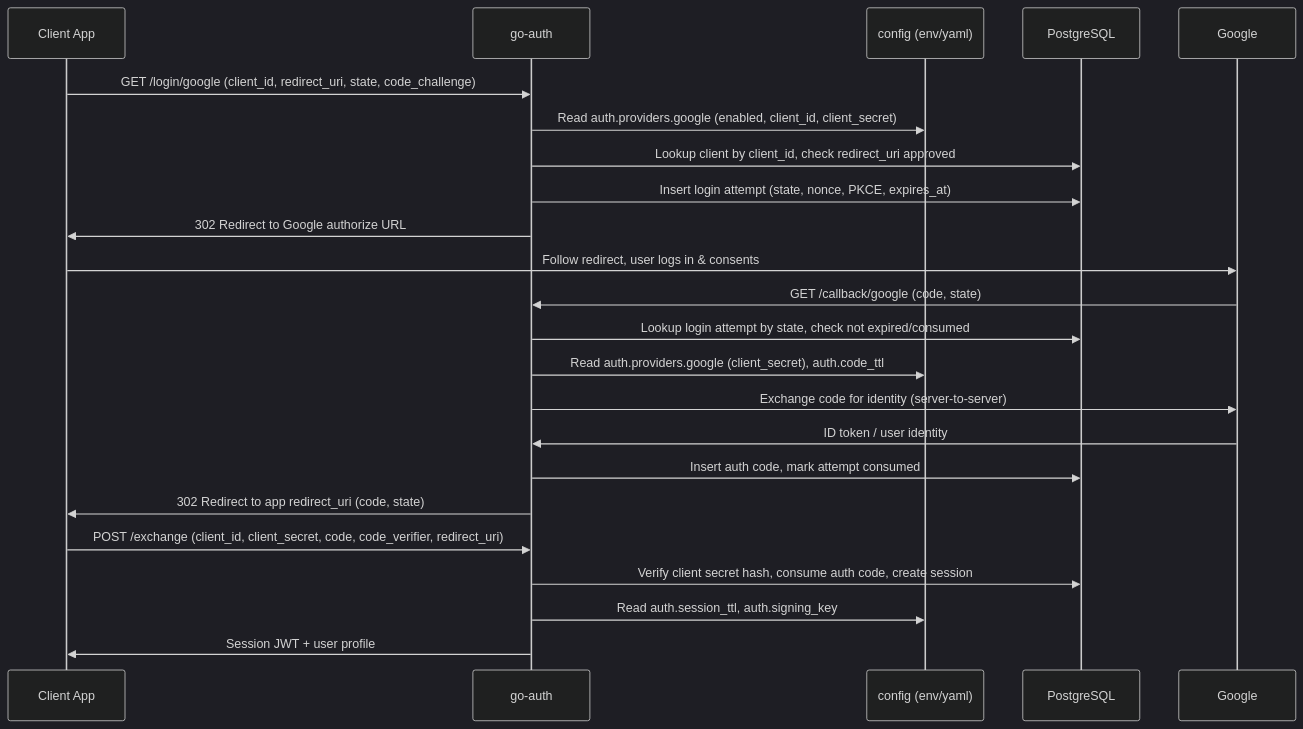
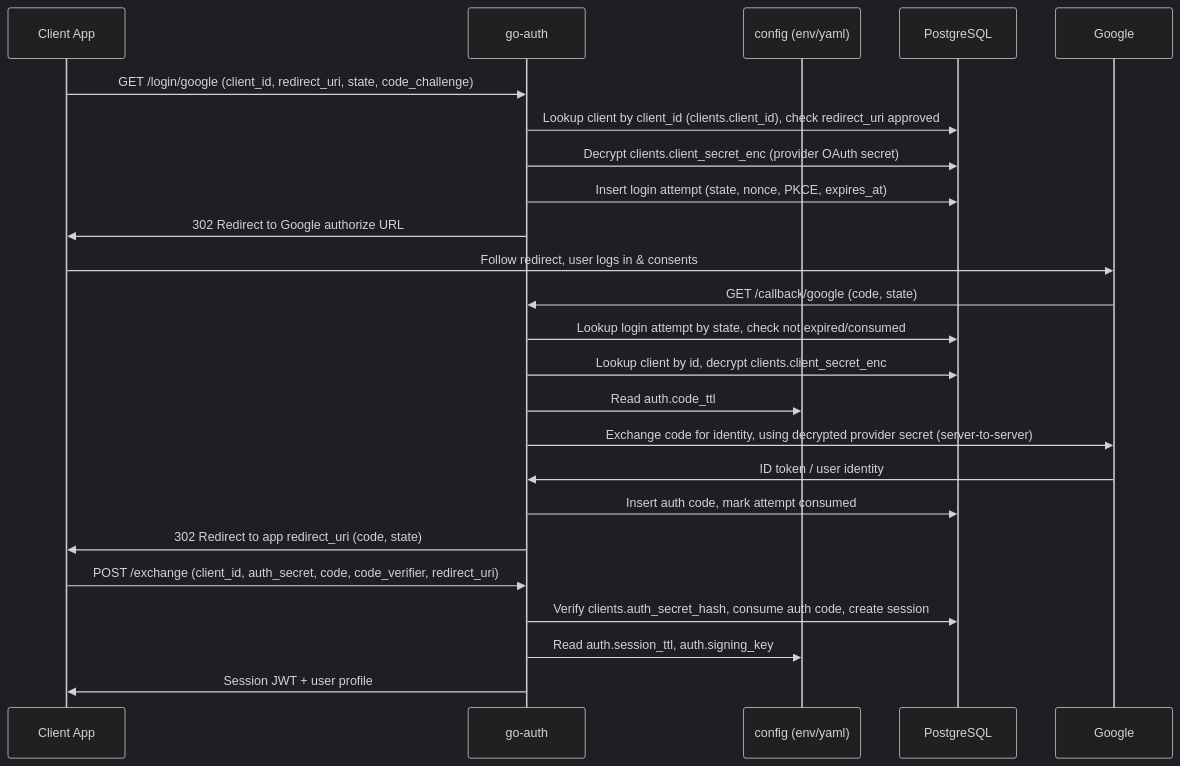
Before and after one commit to leetun2k2/go-auth: the diagram in specs/2026-10-17-google-login-flow.md, drawn with Mermaid (dark theme). The commit also changed other lines of this file and 2 other files, not shown here.

Commit message:
feat(auth): add seed-client utility and update google login spec

````diff
--- a/specs/2026-10-17-google-login-flow.md
+++ b/specs/2026-10-17-google-login-flow.md
@@ -10,26 +10,27 @@
 ```mermaid
 sequenceDiagram
     participant App as Client App
     participant Auth as go-auth
     participant Config as config (env/yaml)
     participant DB as PostgreSQL
     participant Google
 
     App->>Auth: GET /login/google (client_id, redirect_uri, state, code_challenge)
-    Auth->>Config: Read auth.providers.google (enabled, client_id, client_secret)
-    Auth->>DB: Lookup client by client_id, check redirect_uri approved
+    Auth->>DB: Lookup client by client_id (clients.client_id), check redirect_uri approved
+    Auth->>DB: Decrypt clients.client_secret_enc (provider OAuth secret)
     Auth->>DB: Insert login attempt (state, nonce, PKCE, expires_at)
     Auth->>App: 302 Redirect to Google authorize URL
     App->>Google: Follow redirect, user logs in & consents
     Google->>Auth: GET /callback/google (code, state)
     Auth->>DB: Lookup login attempt by state, check not expired/consumed
-    Auth->>Config: Read auth.providers.google (client_secret), auth.code_ttl
-    Auth->>Google: Exchange code for identity (server-to-server)
+    Auth->>DB: Lookup client by id, decrypt clients.client_secret_enc
+    Auth->>Config: Read auth.code_ttl
+    Auth->>Google: Exchange code for identity, using decrypted provider secret (server-to-server)
     Google->>Auth: ID token / user identity
     Auth->>DB: Insert auth code, mark attempt consumed
     Auth->>App: 302 Redirect to app redirect_uri (code, state)
-    App->>Auth: POST /exchange (client_id, client_secret, code, code_verifier, redirect_uri)
-    Auth->>DB: Verify client secret hash, consume auth code, create session
+    App->>Auth: POST /exchange (client_id, auth_secret, code, code_verifier, redirect_uri)
+    Auth->>DB: Verify clients.auth_secret_hash, consume auth code, create session
     Auth->>Config: Read auth.session_ttl, auth.signing_key
     Auth->>App: Session JWT + user profile
 ```
````
